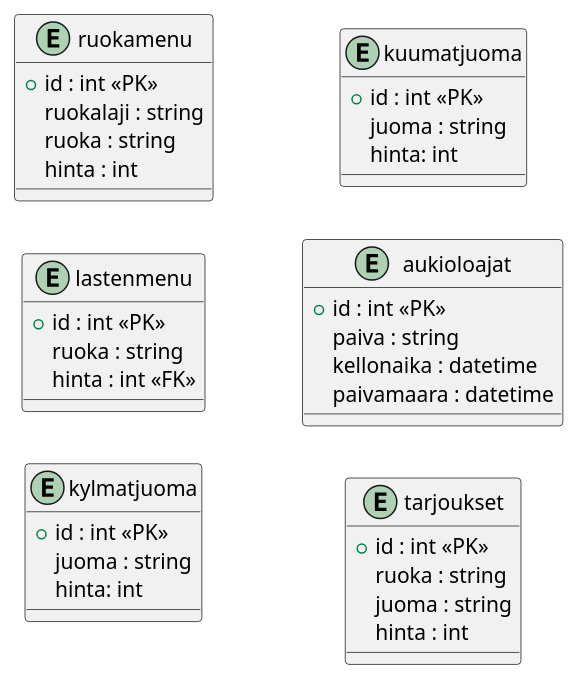
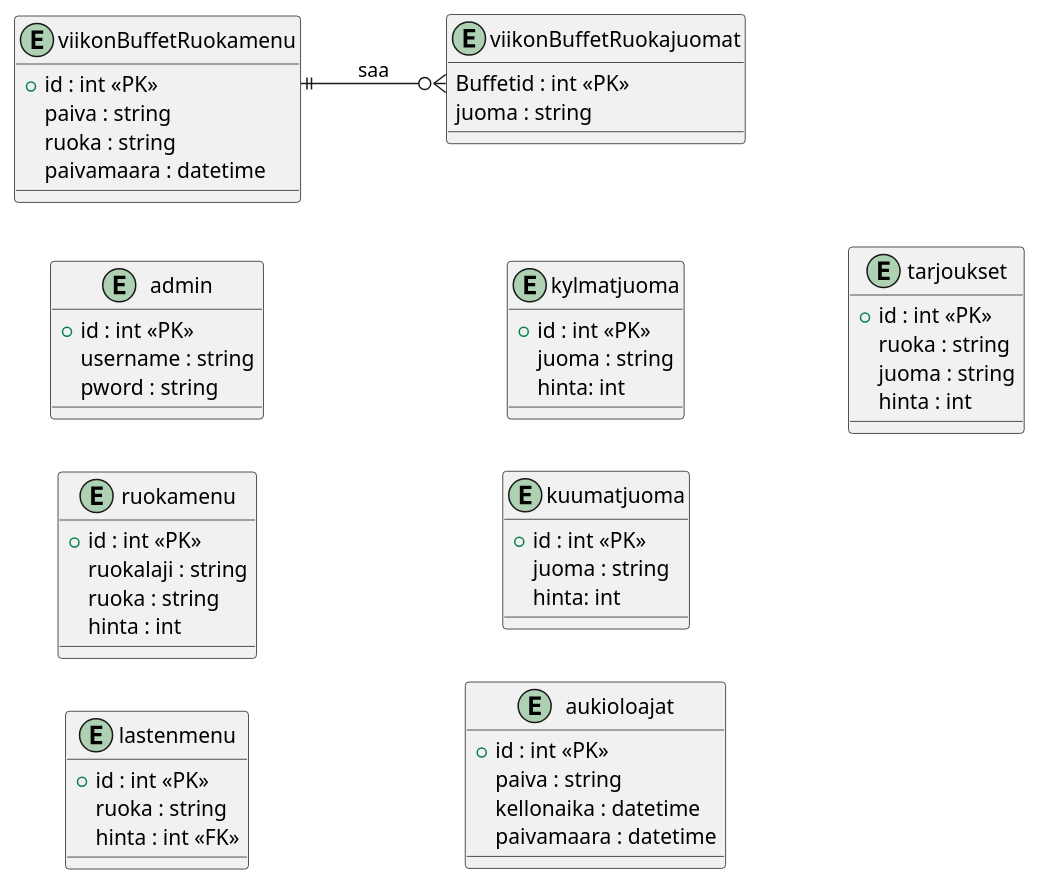
Before and after one commit to epe129/Cafeteria-Menu-Display: the diagram in db_kaavio.puml, drawn with PlantUML. The commit also changed 10 other files, not shown here.

```diff
--- a/db_kaavio.puml
+++ b/db_kaavio.puml
@@ -1,51 +1,69 @@
 @startuml kalastus
 left to right direction
+
+entity admin {
+  +id : int <<PK>>
+  username : string
+  pword : string
+}
+
+entity viikonBuffetRuokamenu {
+  +id : int <<PK>>
+  paiva : string
+  ruoka : string
+  paivamaara : datetime
+}
+
+entity viikonBuffetRuokajuomat {
+  Buffetid : int <<PK>>
+  juoma : string
+}
 
 entity ruokamenu {
   +id : int <<PK>>
   ruokalaji : string
   ruoka : string
   hinta : int
 }
  
 entity lastenmenu {
   +id : int <<PK>>
   ruoka : string
   hinta : int <<FK>>
 }
  
 entity kylmatjuoma {
   +id : int <<PK>>
   juoma : string
   hinta: int
 }
  
 entity kuumatjuoma {
   +id : int <<PK>>
   juoma : string
   hinta: int
 }
  
 entity aukioloajat {
   +id : int <<PK>>
   paiva : string
   kellonaika : datetime
   paivamaara : datetime
 }
  
 entity tarjoukset {
   +id : int <<PK>>
   ruoka : string
   juoma : string
   hinta : int
 }
- 
+
 ' ' suhteet: kentästä kenttään
-' KALASTAJA::id ||--o{ TARPPI::kalastaja_id : saa
+viikonBuffetRuokamenu::id ||--o{ viikonBuffetRuokajuomat::Buffetid : saa
 ' VIEHE::id     ||--o{ TARPPI::viehe_id    : liittyy
 ' VAPA::id      ||--o{ TARPPI::vapa_id     : liittyy
 ' KALA::tarppi_id  }o--|| TARPPI::id     : liittyy
 ' ' TARPPI::id ||--|| KALA::tarppi_id : saa
 ' LAJI::id   ||--o{ KALA::laji_id   : liittyy
  
 @enduml
```
